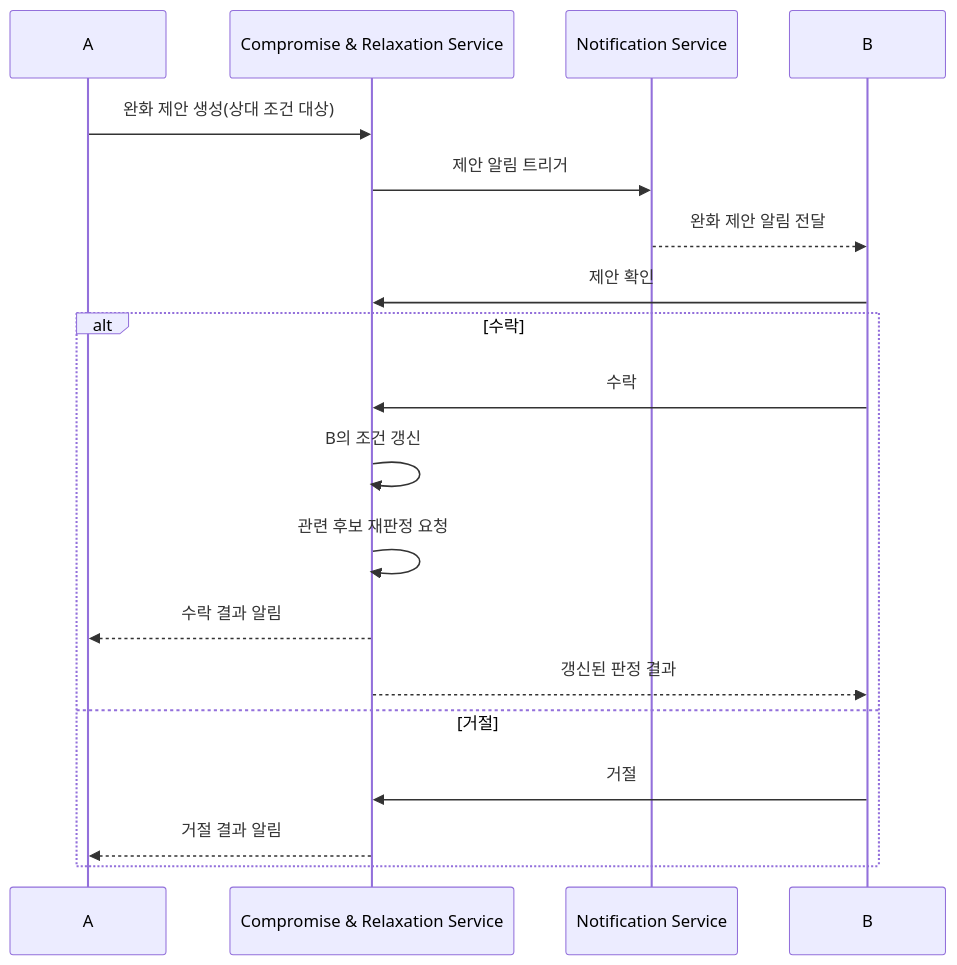
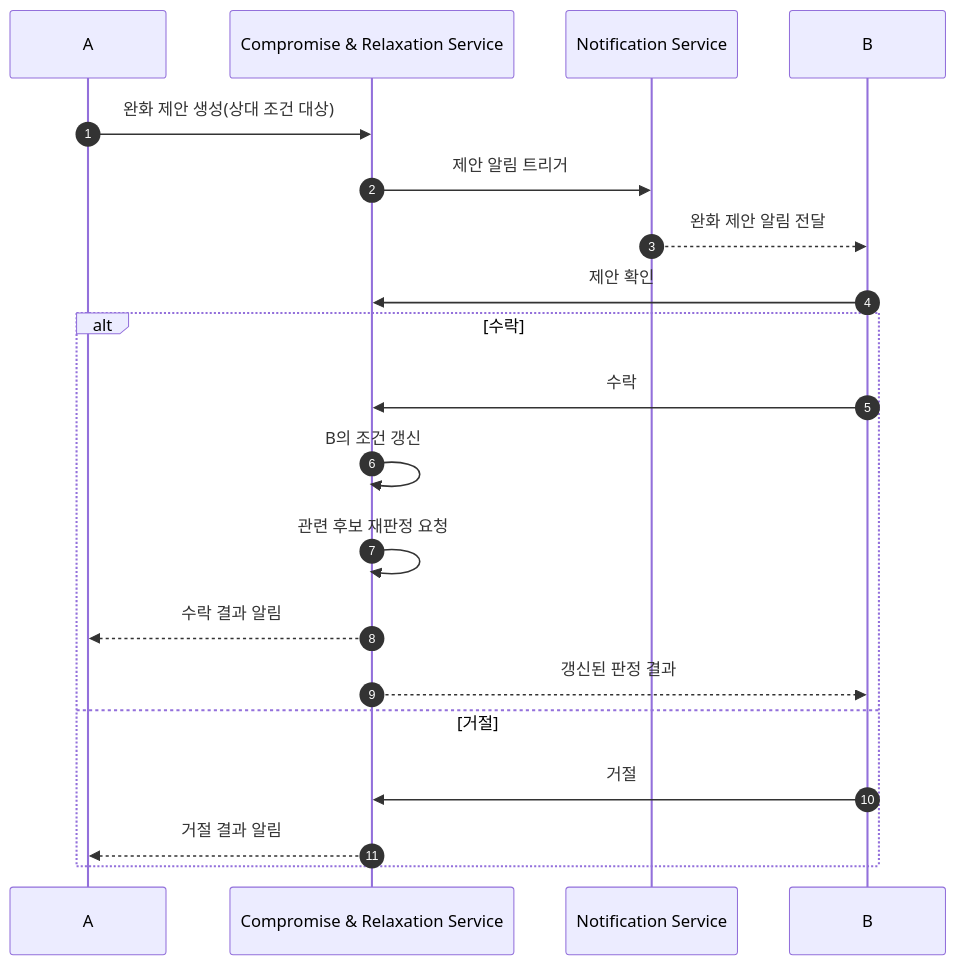
Diagram 15 of 23 in SRS_project/같이보기-technical-design-v1_0.md (soobworks/SRS_project), drawn with Mermaid before and after one commit. The commit also changed other lines of this file and 1 other file, not shown here.

````diff
--- a/SRS_project/같이보기-technical-design-v1_0.md
+++ b/SRS_project/같이보기-technical-design-v1_0.md
@@ -282,22 +697,23 @@
 ```mermaid
 sequenceDiagram
+    autonumber
     participant A as A
     participant CRS as Compromise & Relaxation Service
     participant Notif as Notification Service
     participant B as B
 
     A->>CRS: 완화 제안 생성(상대 조건 대상)
     CRS->>Notif: 제안 알림 트리거
     Notif-->>B: 완화 제안 알림 전달
     B->>CRS: 제안 확인
     alt 수락
         B->>CRS: 수락
         CRS->>CRS: B의 조건 갱신
         CRS->>CRS: 관련 후보 재판정 요청
         CRS-->>A: 수락 결과 알림
         CRS-->>B: 갱신된 판정 결과
     else 거절
         B->>CRS: 거절
         CRS-->>A: 거절 결과 알림
     end
 ```
````
